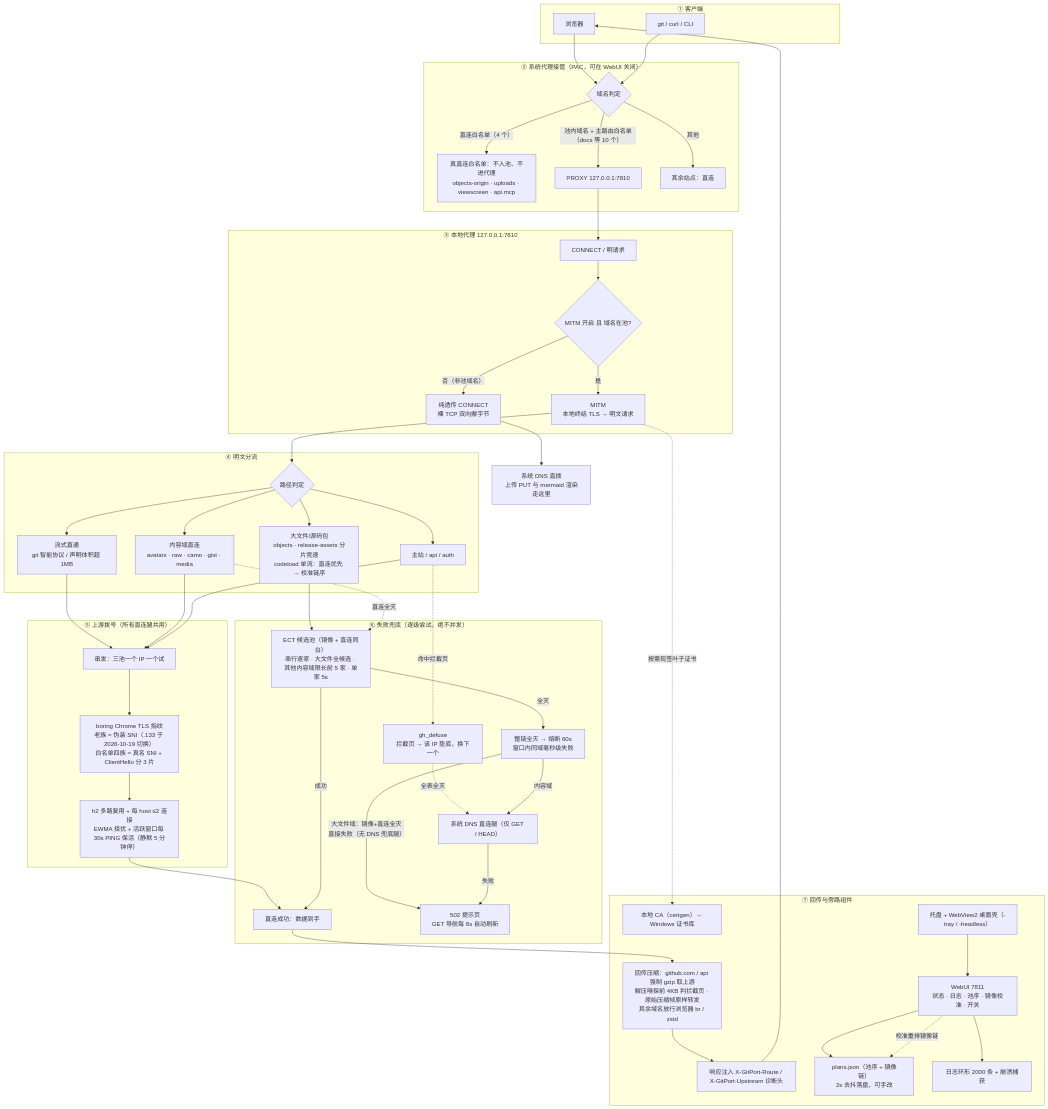
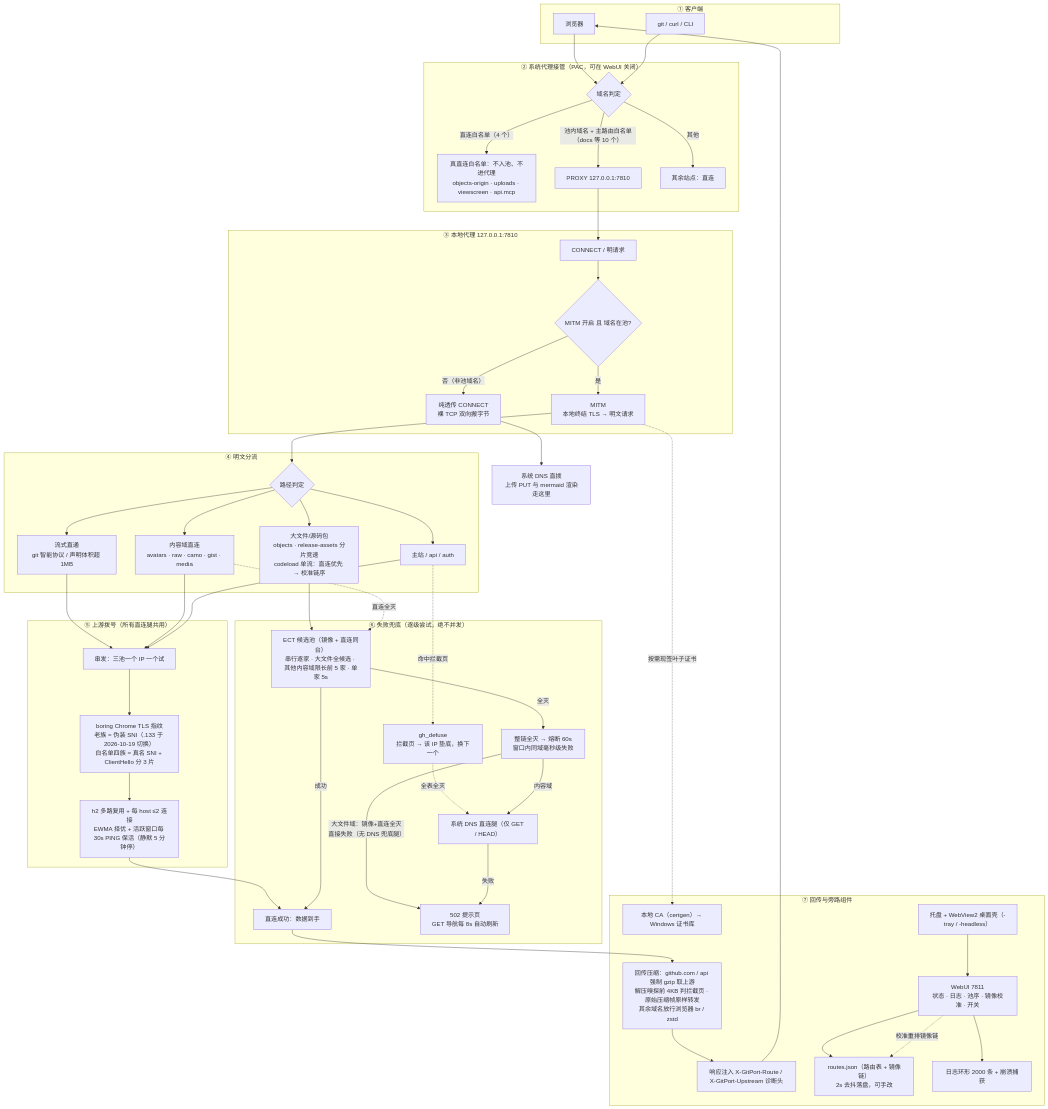
The first of 2 diagrams in docs/ARCHITECTURE.md (zhidian-cmd/gitport-github), drawn with Mermaid before and after one commit. The commit also changed other lines of this file and 43 other files, not shown here.

First line of the commit message:
refactor(route): 路由表迁到 routes.json 域名键——最长匹配取代正则数组

````diff
--- a/docs/ARCHITECTURE.md
+++ b/docs/ARCHITECTURE.md
@@ -75,7 +75,7 @@
         R2["响应注入 X-GitPort-Route / X-GitPort-Upstream 诊断头"]
         CA["本地 CA（certgen）→ Windows 证书库"]
         WUI["WebUI 7811<br/>状态 · 日志 · 池序 · 镜像校准 · 开关"]
-        PLAN["plans.json（池序 + 镜像链）<br/>2s 去抖落盘，可手改"]
+        ROUTES["routes.json（路由表 + 镜像链）<br/>2s 去抖落盘，可手改"]
         TRAY["托盘 + WebView2 桌面壳（-tray / -headless）"]
         LOG["日志环形 2000 条 + 崩溃捕获"]
     end
@@ -83,8 +83,8 @@
     R1 --> R2
     R2 --> B
     MITM -.->|"按需现签叶子证书"| CA
-    WUI --> PLAN
+    WUI --> ROUTES
     WUI --> LOG
     TRAY --> WUI
-    WUI -.->|"校准重排镜像链"| PLAN
+    WUI -.->|"校准重排镜像链"| ROUTES
 ```
````
